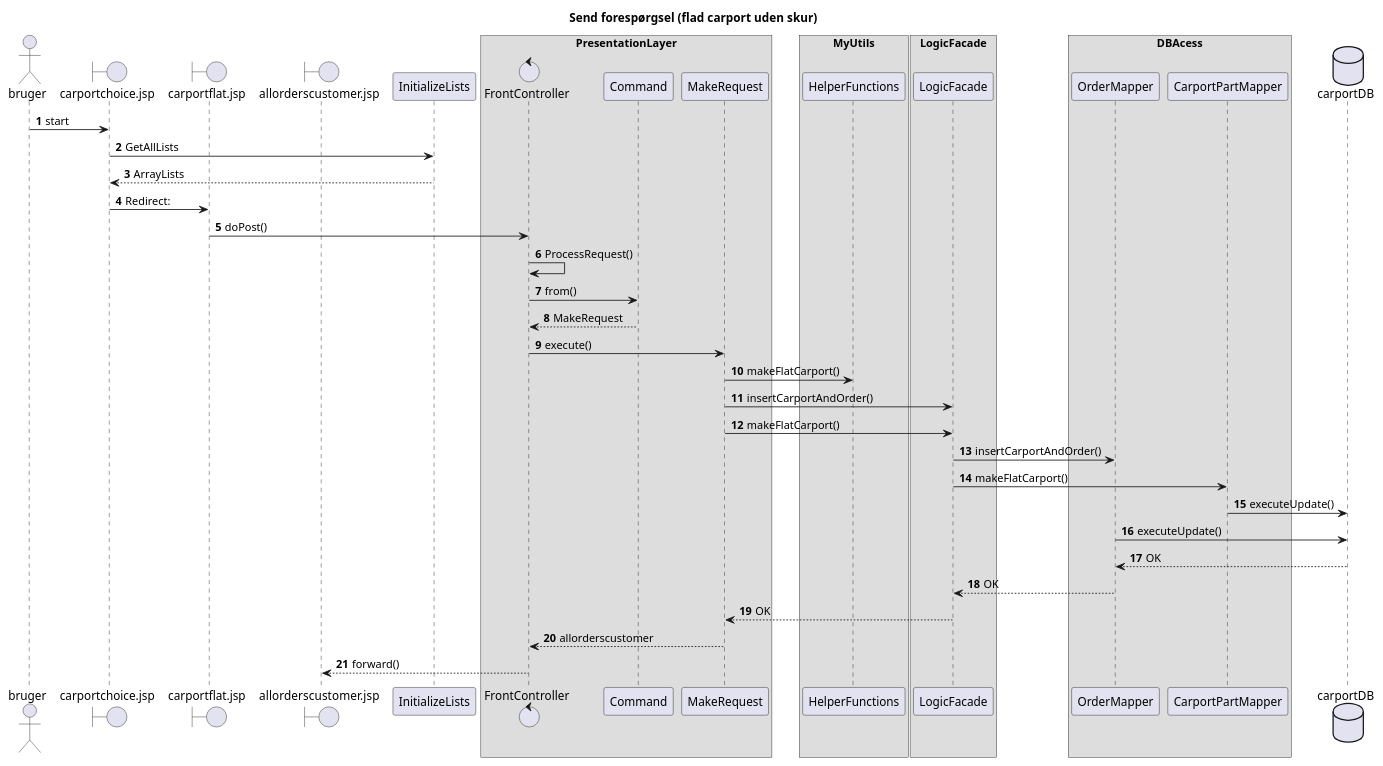
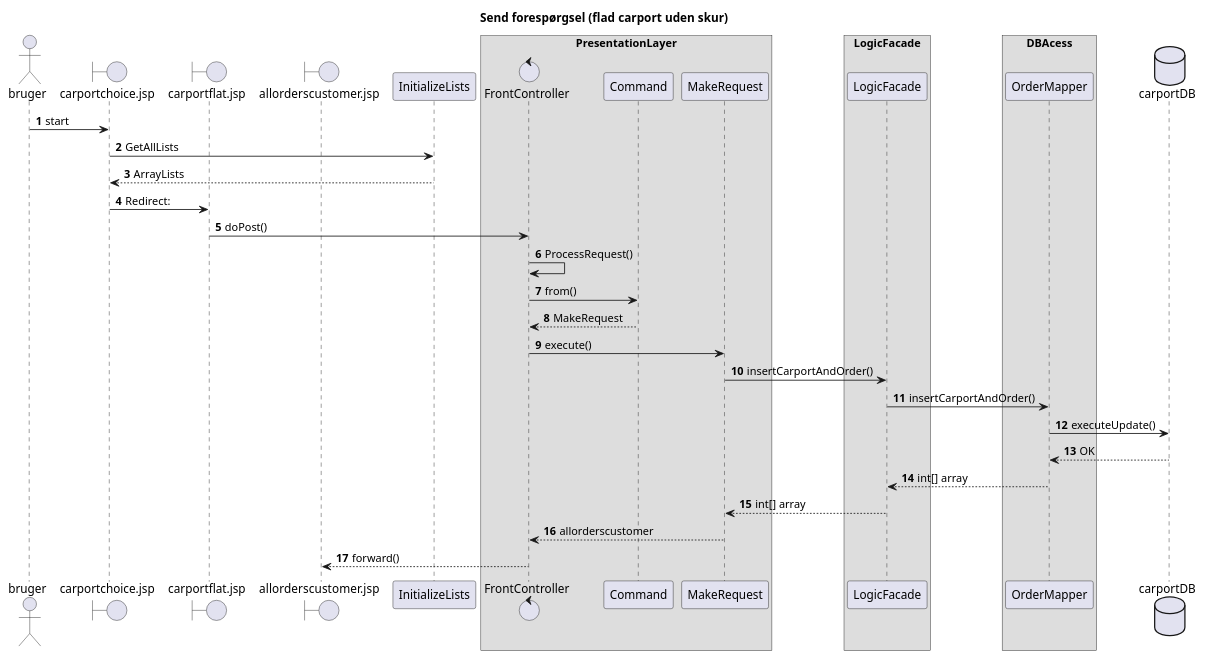
Before and after one commit to LukasBangStoltz/Carport: the diagram in Projektskabelon-master/src/main/plantuml/sequenceInsertRequest.puml, drawn with PlantUML. The commit also changed 9 other files, not shown here.

Commit message:
ændret diagram

```diff
--- a/Projektskabelon-master/src/main/plantuml/sequenceInsertRequest.puml
+++ b/Projektskabelon-master/src/main/plantuml/sequenceInsertRequest.puml
@@ -1,62 +1,52 @@
 @startuml
 
 autonumber
 Title Send forespørgsel (flad carport uden skur)
 actor bruger
 
 boundary carportchoice.jsp
 boundary carportflat.jsp
 boundary allorderscustomer.jsp
 
 bruger -> carportchoice.jsp: start
 carportchoice.jsp -> InitializeLists: GetAllLists
 InitializeLists --> carportchoice.jsp: ArrayLists
 carportchoice.jsp -> carportflat.jsp: Redirect:
 
 box PresentationLayer
 control FrontController
 carportflat.jsp -> FrontController: doPost()
 FrontController -> FrontController: ProcessRequest()
 FrontController -> Command: from()
 Command --> FrontController: MakeRequest
 FrontController -> MakeRequest: execute()
 end box
 
-box MyUtils
 
-MakeRequest -> HelperFunctions: makeFlatCarport()
+
+
+box LogicFacade
+MakeRequest -> LogicFacade: insertCarportAndOrder()
 
 end box
 
 
-box LogicFacade
-MakeRequest -> LogicFacade: insertCarportAndOrder()
-MakeRequest -> LogicFacade: makeFlatCarport()
-end box
+
 
 box DBAcess
 LogicFacade -> OrderMapper: insertCarportAndOrder()
-LogicFacade -> CarportPartMapper: makeFlatCarport()
+
 end box
 
 
 database carportDB
-CarportPartMapper -> carportDB: executeUpdate()
+
 OrderMapper -> carportDB: executeUpdate()
+
 carportDB --> OrderMapper: OK
-OrderMapper --> LogicFacade: OK
-LogicFacade --> MakeRequest: OK
+OrderMapper --> LogicFacade: int[] array
+LogicFacade --> MakeRequest: int[] array
 MakeRequest --> FrontController: allorderscustomer
 FrontController --> allorderscustomer.jsp: forward()
 
-
-
-
-
-
-
-
-
-
-
-@enduml
+@endum
```
